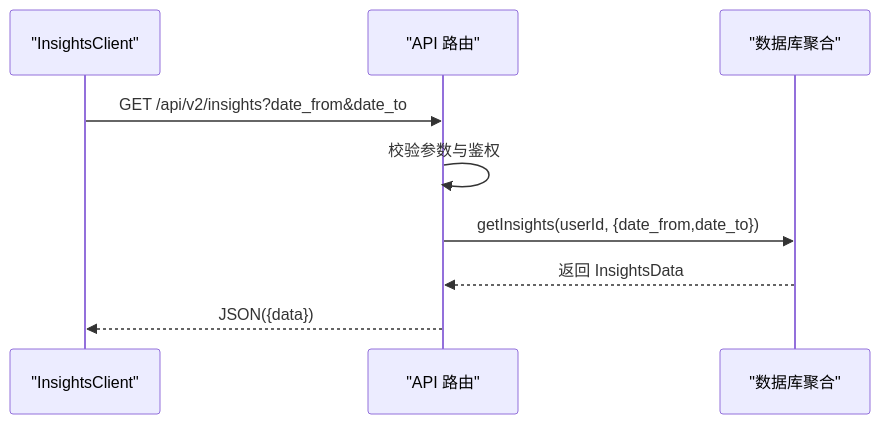
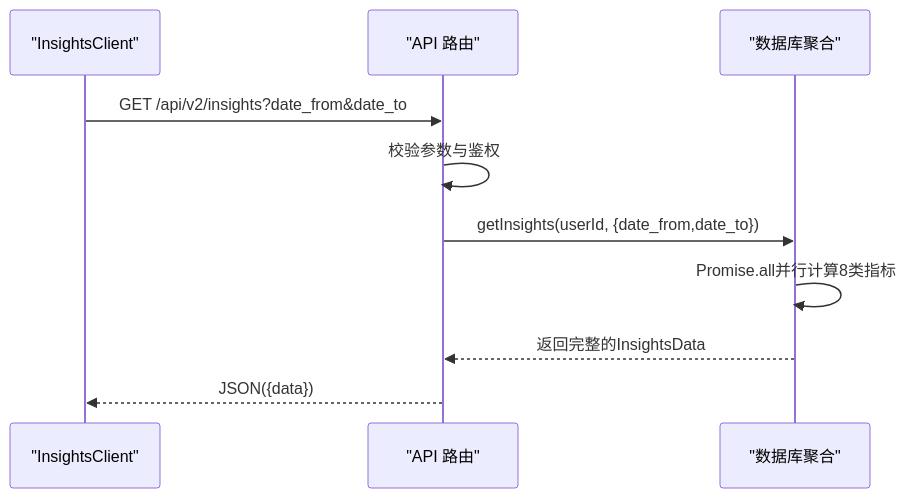
One commit to bbong1234/TETO changed diagram 13 of 14 in .qoder/repowiki/zh/content/核心功能模块/洞察分析系统/洞察分析系统.md. Above: the diagram before and after it, drawn with Mermaid. The commit also changed other lines of this file and 10 other files, not shown here.

````diff
--- a/.qoder/repowiki/zh/content/核心功能模块/洞察分析系统/洞察分析系统.md
+++ b/.qoder/repowiki/zh/content/核心功能模块/洞察分析系统/洞察分析系统.md
@@ -289,11 +389,12 @@
 ```mermaid
 sequenceDiagram
 participant C as "InsightsClient"
 participant R as "API 路由"
 participant D as "数据库聚合"
 C->>R : GET /api/v2/insights?date_from&date_to
 R->>R : 校验参数与鉴权
 R->>D : getInsights(userId, {date_from,date_to})
-D-->>R : 返回 InsightsData
+D->>D : Promise.all并行计算8类指标
+D-->>R : 返回完整的InsightsData
 R-->>C : JSON({data})
 ```
````
